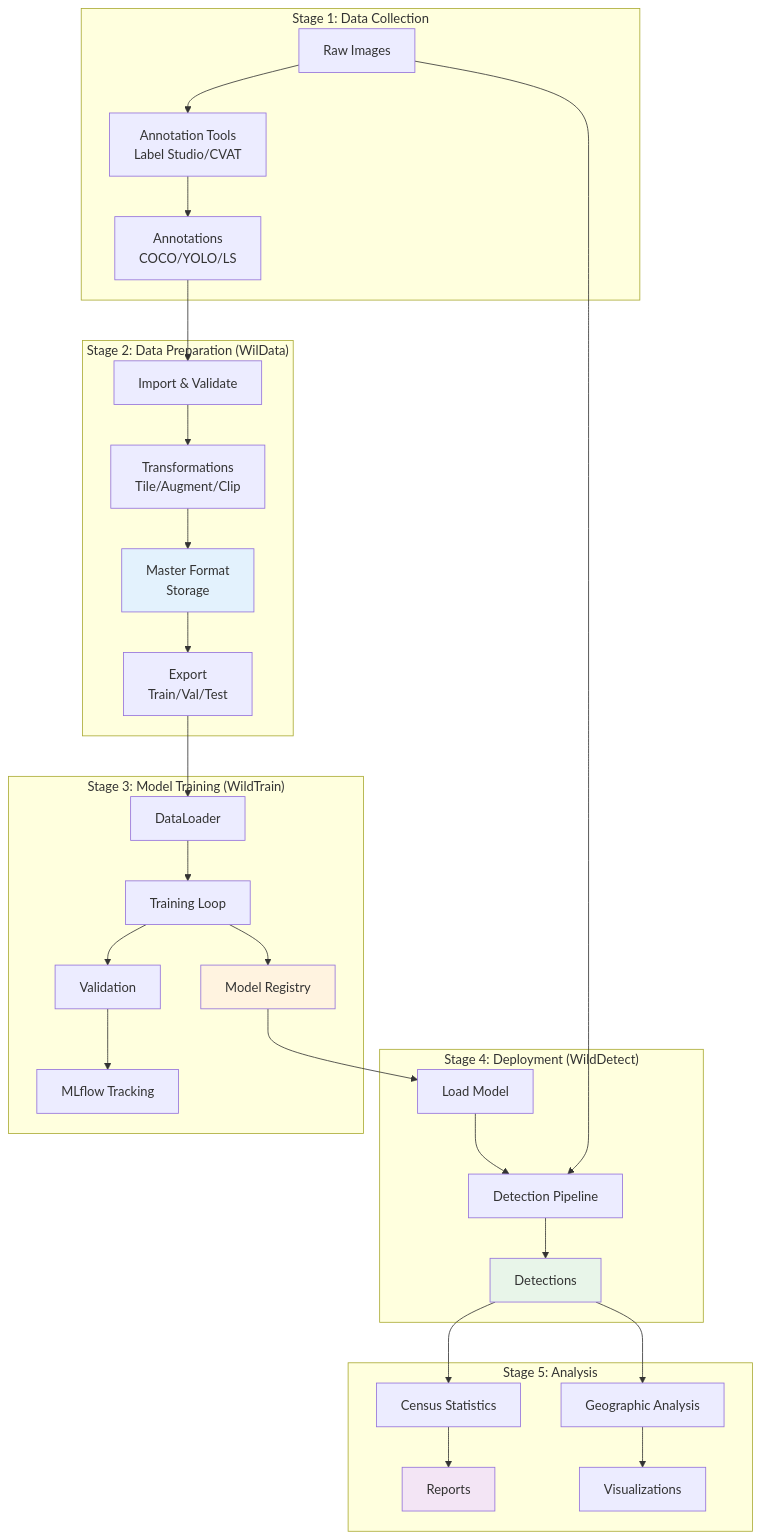
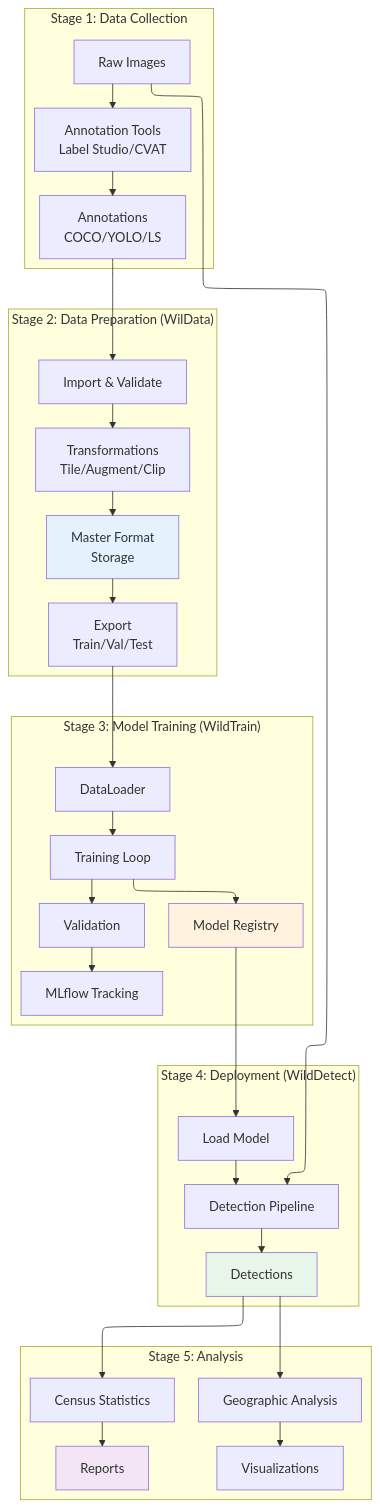
Before and after one commit to FadelMamar/wildetect: the first of 6 diagrams in website/docs/architecture/data-flow.md, drawn with Mermaid. The commit also changed 19 other files, not shown here.

````diff
--- a/website/docs/architecture/data-flow.md
+++ b/website/docs/architecture/data-flow.md
@@ -7,61 +7,65 @@
 ```mermaid
+---
+config:
+  layout: elk
+---
 flowchart TB
     subgraph "Stage 1: Data Collection"
         A[Raw Images]
         B[Annotation Tools<br/>Label Studio/CVAT]
         C[Annotations<br/>COCO/YOLO/LS]
     end
     
     subgraph "Stage 2: Data Preparation (WilData)"
         D[Import & Validate]
         E[Transformations<br/>Tile/Augment/Clip]
         F[Master Format<br/>Storage]
         G[Export<br/>Train/Val/Test]
     end
     
     subgraph "Stage 3: Model Training (WildTrain)"
         H[DataLoader]
         I[Training Loop]
         J[Validation]
         K[MLflow Tracking]
         L[Model Registry]
     end
     
     subgraph "Stage 4: Deployment (WildDetect)"
         M[Load Model]
         N[Detection Pipeline]
         O[Detections]
     end
     
     subgraph "Stage 5: Analysis"
         P[Census Statistics]
         Q[Geographic Analysis]
         R[Visualizations]
         S[Reports]
     end
     
     A --> B
     B --> C
     C --> D
     D --> E
     E --> F
     F --> G
     G --> H
     H --> I
     I --> J
     J --> K
     I --> L
     L --> M
     M --> N
     A --> N
     N --> O
     O --> P
     O --> Q
     Q --> R
     P --> S
     
     style F fill:#e3f2fd
     style L fill:#fff3e0
     style O fill:#e8f5e9
     style S fill:#f3e5f5
 ```
````
